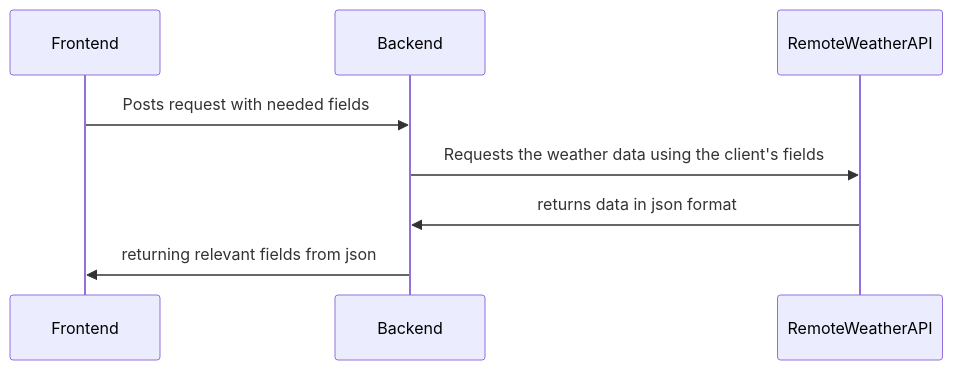
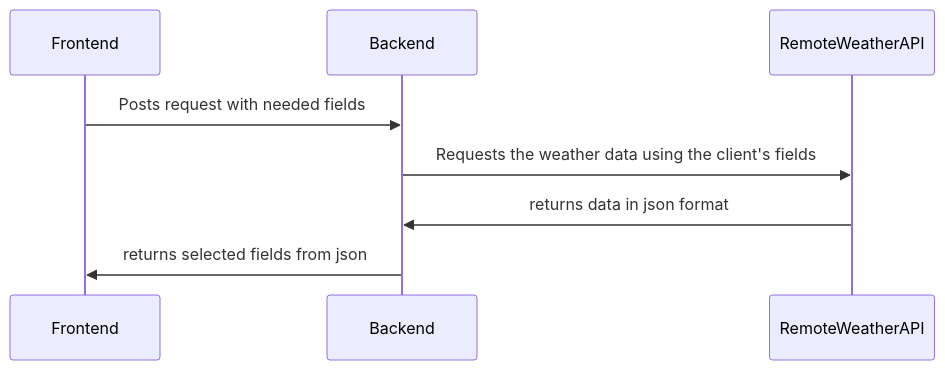
The diagram in README.md (ido-nasi/Golden-Route-FullStack), drawn with Mermaid before and after one commit.

````diff
--- a/README.md
+++ b/README.md
@@ -4,12 +4,12 @@
 ```mermaid
 sequenceDiagram
     participant Frontend
     participant Backend
     participant RemoteWeatherAPI
     
     Frontend ->> Backend: Posts request with  needed fields
     Backend ->> RemoteWeatherAPI: Requests the weather data using the client's fields
     RemoteWeatherAPI ->> Backend: returns data in json format
-    Backend ->> Frontend: returning relevant fields from json  
+    Backend ->> Frontend: returns selected fields from json
 
 ```
````
